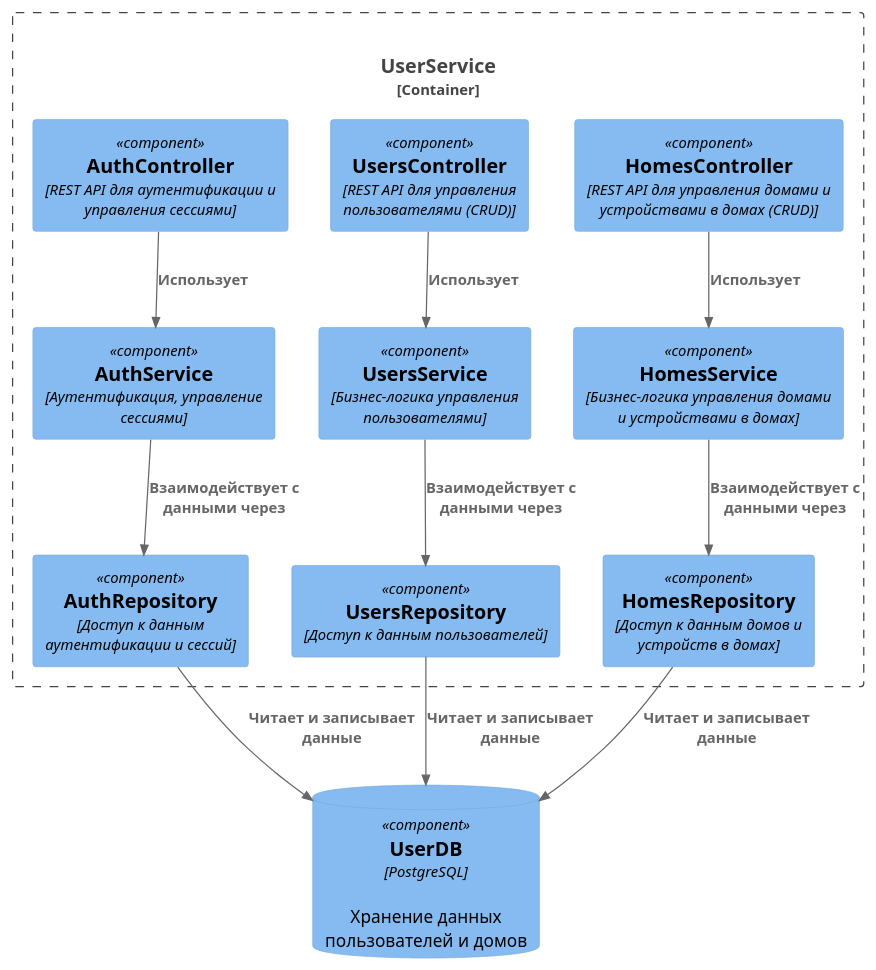
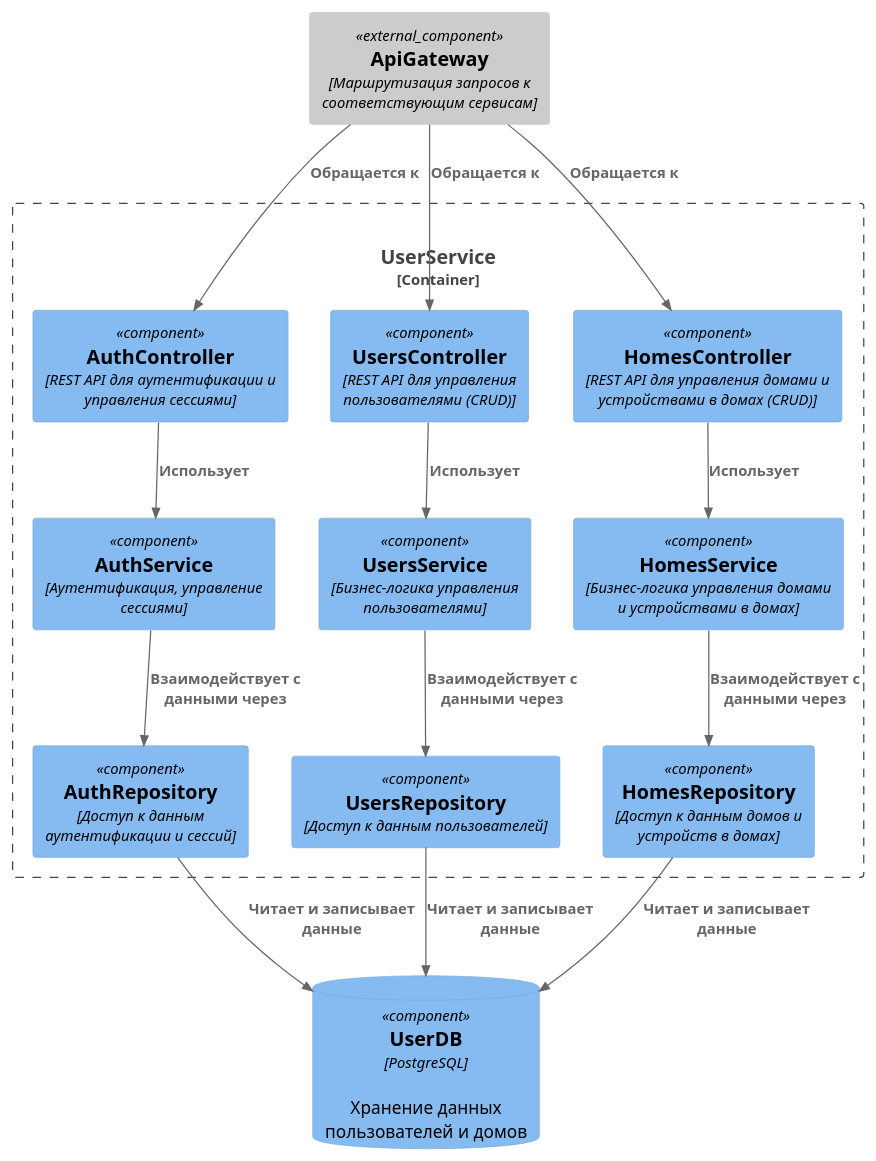
The diagram in schemas/to-be/UserService.puml (vsevolod-nikitin/yandex-practicum-architecture-pro-warmhouse), drawn with PlantUML before and after one commit. The commit also changed 2 other files, not shown here.

Commit message:
Изменение схемы UserService.puml

```diff
--- a/schemas/to-be/UserService.puml
+++ b/schemas/to-be/UserService.puml
@@ -1,31 +1,36 @@
 @startuml UserService
 !include https://raw.githubusercontent.com/plantuml-stdlib/C4-PlantUML/master/C4_Component.puml
 
+Component_Ext(gateway, "ApiGateway", "Маршрутизация запросов к соответствующим сервисам")
 ComponentDb(userDb, "UserDB", "PostgreSQL", "Хранение данных пользователей и домов")
 
 Container_Boundary(userService, "UserService", "Управление пользователями и домами") {
     Component(authController, "AuthController", "REST API для аутентификации и управления сессиями")
     Component(userController, "UsersController", "REST API для управления пользователями (CRUD)")
     Component(homeController, "HomesController", "REST API для управления домами и устройствами в домах (CRUD)")
 
     Component(authService, "AuthService", "Аутентификация, управление сессиями")
     Component(userServiceImpl, "UsersService", "Бизнес-логика управления пользователями")
     Component(homeService, "HomesService", "Бизнес-логика управления домами и устройствами в домах")
         
     Component(authRepository, "AuthRepository", "Доступ к данным аутентификации и сессий")
     Component(userRepository, "UsersRepository", "Доступ к данным пользователей")
     Component(homeRepository, "HomesRepository", "Доступ к данным домов и устройств в домах")
     Rel(authController, authService, "Использует")
     Rel(userController, userServiceImpl, "Использует")
     Rel(homeController, homeService, "Использует")
 
     Rel(authService, authRepository, "Взаимодействует с данными через")
     Rel(userServiceImpl, userRepository, "Взаимодействует с данными через")
     Rel(homeService, homeRepository, "Взаимодействует с данными через")
 
     Rel(authRepository, userDb, "Читает и записывает данные")
     Rel(userRepository, userDb, "Читает и записывает данные")
     Rel(homeRepository, userDb, "Читает и записывает данные")
 }
 
+Rel(gateway, authController, "Обращается к")
+Rel(gateway, userController, "Обращается к")
+Rel(gateway, homeController, "Обращается к")
+
 @enduml
```
